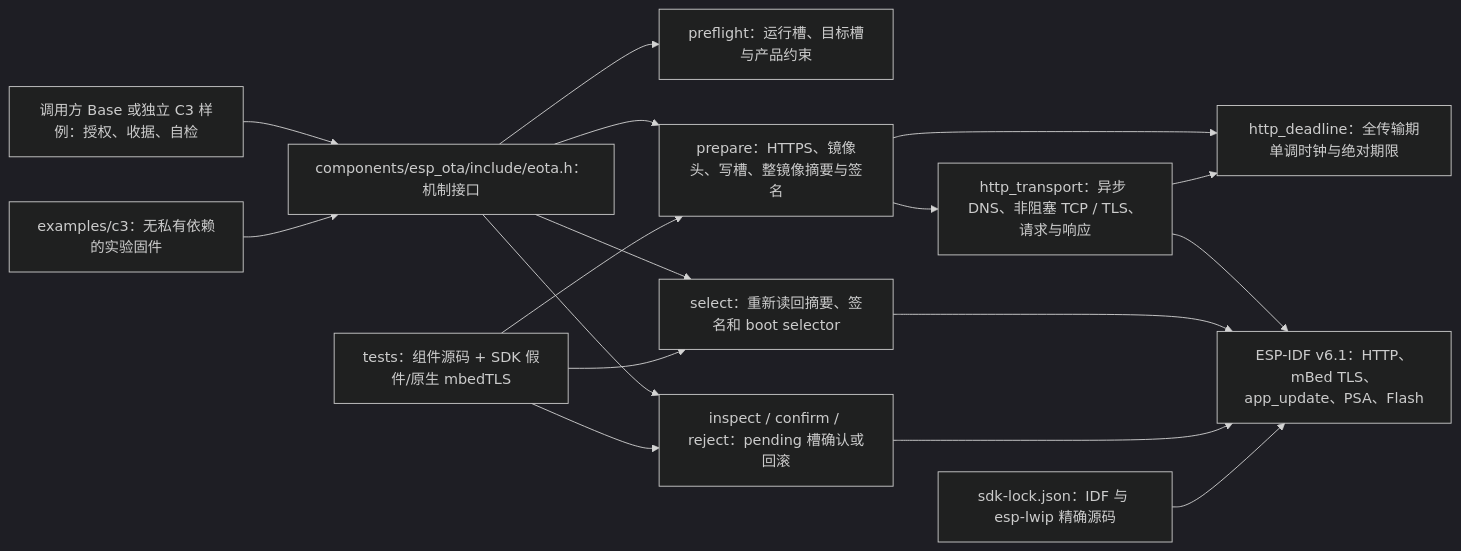
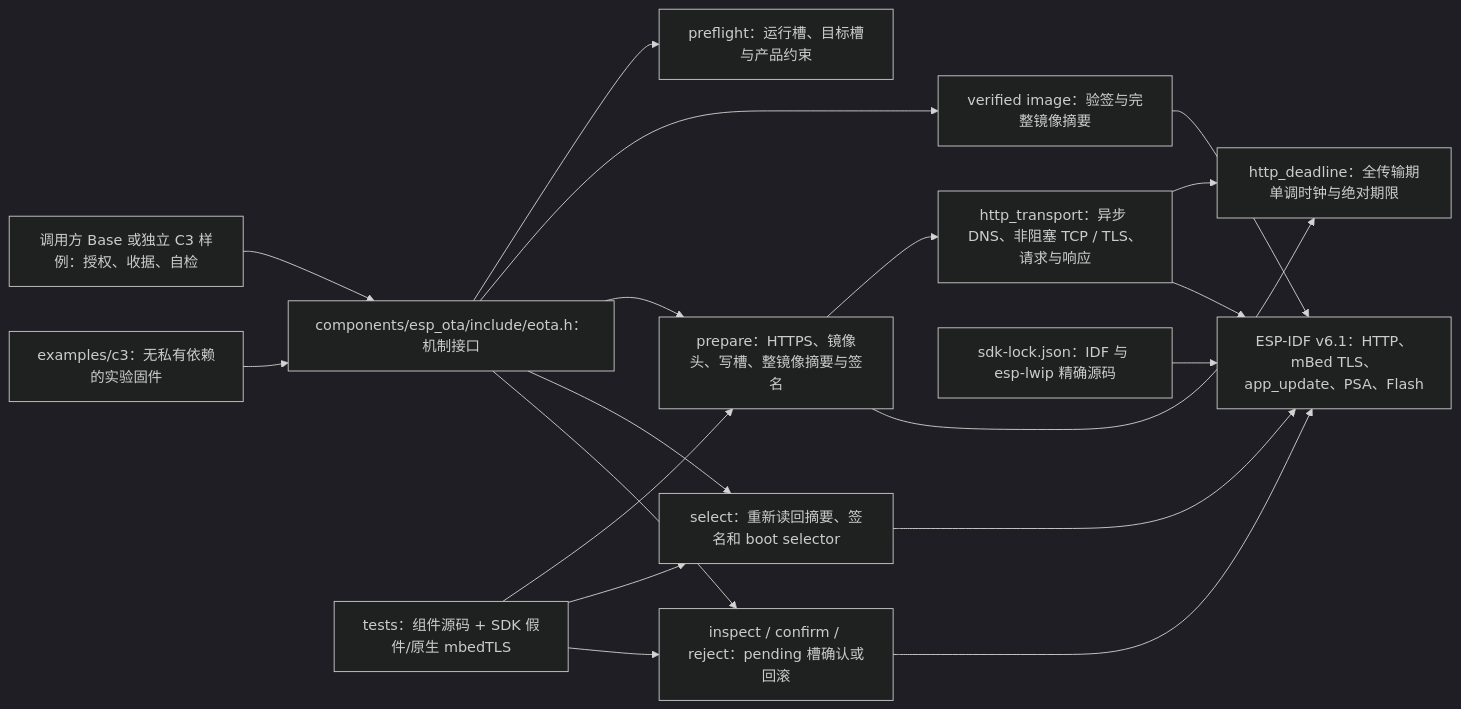
One commit to darren-you/esp-ota changed the diagram in README.md. Above: the diagram before and after it, drawn with Mermaid (dark theme). The commit also changed 9 other files, not shown here.

````diff
--- a/README.md
+++ b/README.md
@@ -7,19 +7,21 @@
 ```mermaid
 flowchart LR
     app["调用方 Base 或独立 C3 样例：授权、收据、自检"] --> api["components/esp_ota/include/eota.h：机制接口"]
     api --> preflight["preflight：运行槽、目标槽与产品约束"]
+    api --> identity["verified image：验签与完整镜像摘要"]
     api --> prepare["prepare：HTTPS、镜像头、写槽、整镜像摘要与签名"]
     api --> select["select：重新读回摘要、签名和 boot selector"]
     api --> confirm["inspect / confirm / reject：pending 槽确认或回滚"]
     prepare --> transport["http_transport：异步 DNS、非阻塞 TCP / TLS、请求与响应"]
     prepare --> deadline
     transport --> deadline["http_deadline：全传输期单调时钟与绝对期限"]
     transport --> sdk["ESP-IDF v6.1：HTTP、mBed TLS、app_update、PSA、Flash"]
+    identity --> sdk
     select --> sdk
     confirm --> sdk
     lock["sdk-lock.json：IDF 与 esp-lwip 精确源码"] --> sdk
     host["tests：组件源码 + SDK 假件/原生 mbedTLS"] --> prepare
     host --> select
     host --> confirm
     sample["examples/c3：无私有依赖的实验固件"] --> api
 ```
````
